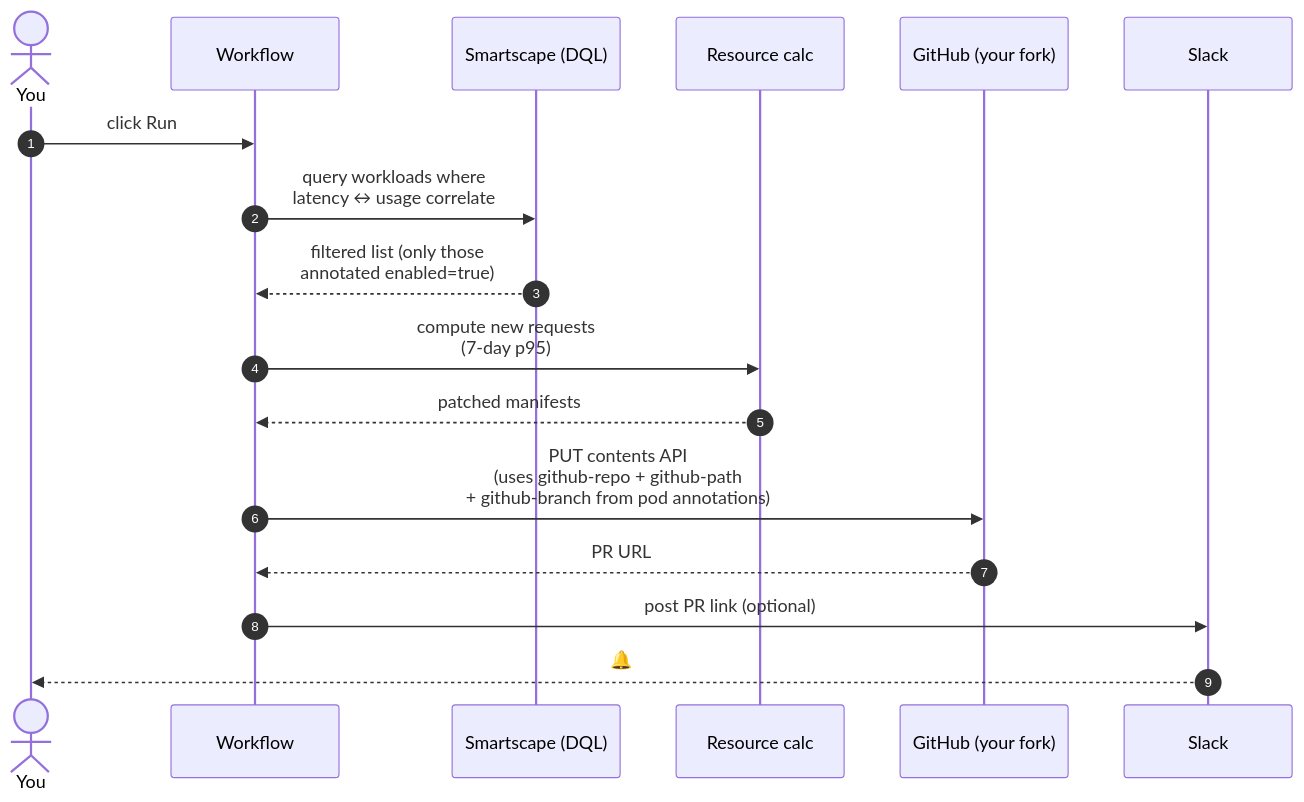
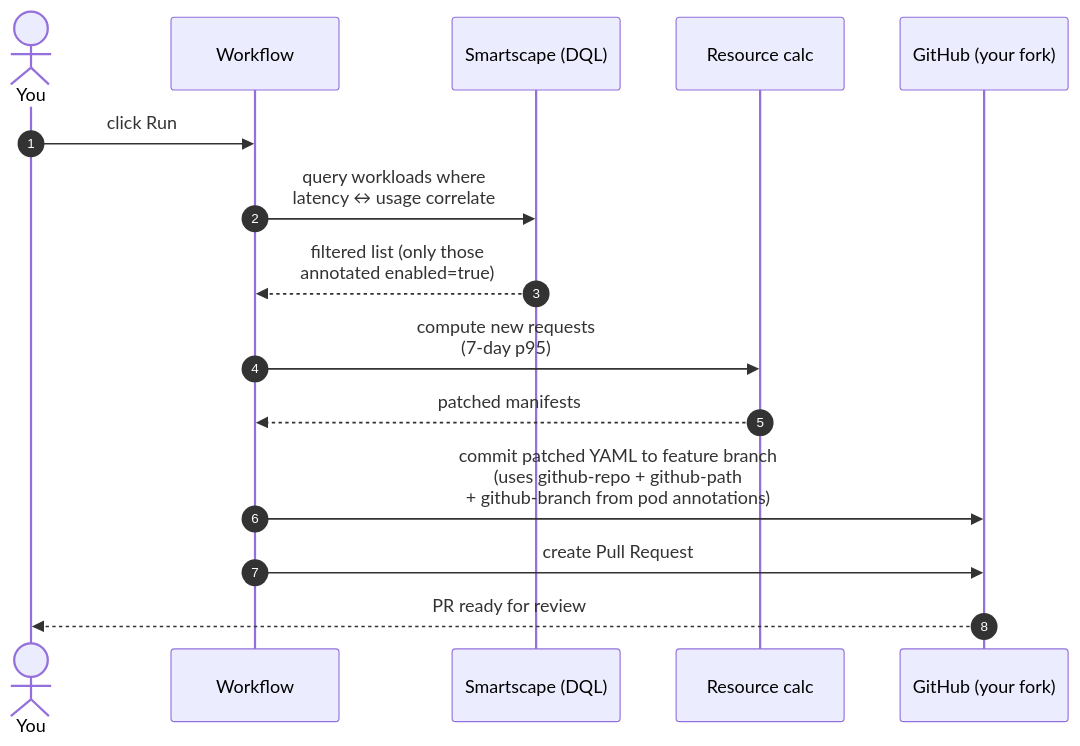
The diagram in docs/workshop.md (henrikrexed/K8s-autoscalingWorkshop), drawn with Mermaid before and after one commit. The commit also changed other lines of this file and 9 other files, not shown here.

````diff
--- a/docs/workshop.md
+++ b/docs/workshop.md
@@ -90,20 +110,18 @@
 ```mermaid
 sequenceDiagram
     autonumber
     actor You
     participant W as Workflow
     participant SS as Smartscape (DQL)
     participant CALC as Resource calc
     participant GH as GitHub (your fork)
-    participant SL as Slack
 
     You->>W: click Run
     W->>SS: query workloads where<br/>latency ↔ usage correlate
     SS-->>W: filtered list (only those<br/>annotated enabled=true)
     W->>CALC: compute new requests<br/>(7-day p95)
     CALC-->>W: patched manifests
-    W->>GH: PUT contents API<br/>(uses github-repo + github-path<br/>+ github-branch from pod annotations)
-    GH-->>W: PR URL
-    W->>SL: post PR link (optional)
-    SL-->>You: 🔔
+    W->>GH: commit patched YAML to feature branch<br/>(uses github-repo + github-path<br/>+ github-branch from pod annotations)
+    W->>GH: create Pull Request
+    GH-->>You: PR ready for review
 ```
````
